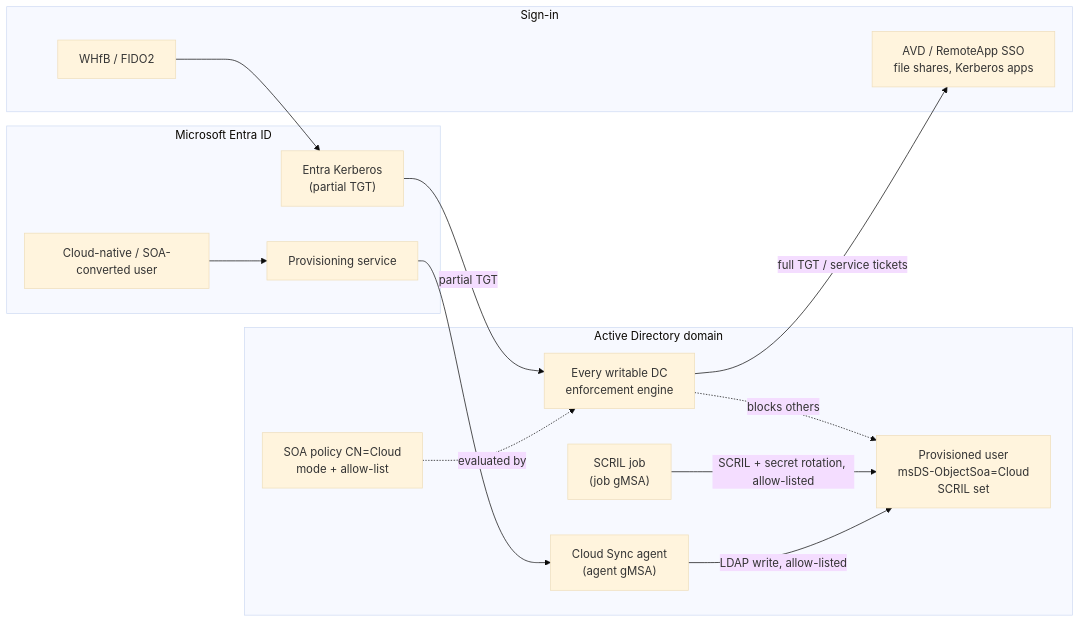
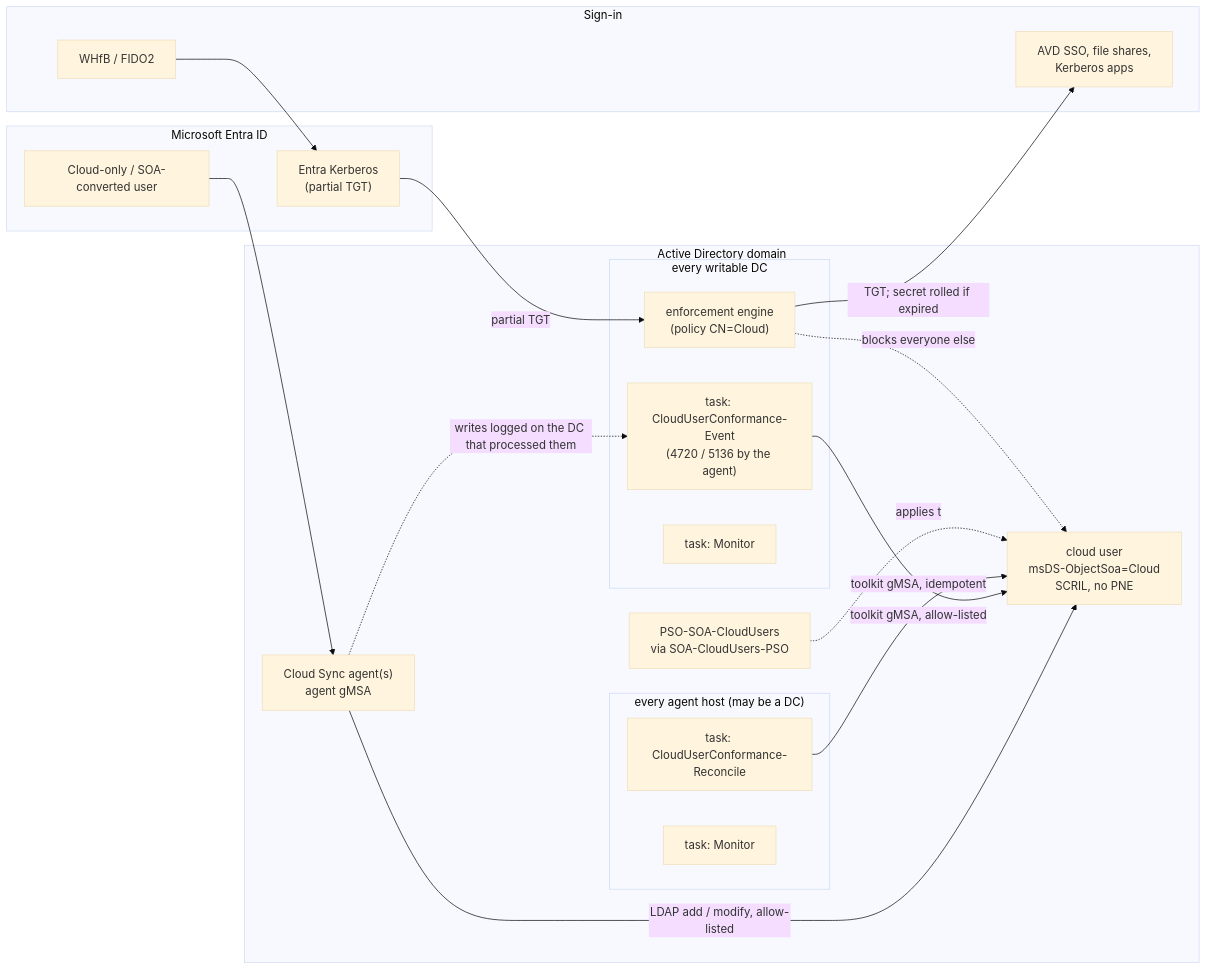
Before and after one commit to mayer-bautechnik/cloudsync-soa-toolkit: the diagram in README.md, drawn with Mermaid (base theme). The commit also changed other lines of this file and 27 other files, not shown here.

First line of the commit message:
Release 2.0.0: SOA Toolkit with DC-native rolling and full lifecycle

````diff
--- a/README.md
+++ b/README.md
@@ -37,24 +91,33 @@
 ```mermaid
 flowchart LR
     subgraph Entra["Microsoft Entra ID"]
-        U["Cloud-native / SOA-converted user"]
-        PS["Provisioning service"]
+        U["Cloud-only / SOA-converted user"]
         EK["Entra Kerberos<br/>(partial TGT)"]
     end
-    subgraph OnPrem["Active Directory domain"]
-        AG["Cloud Sync agent<br/>(agent gMSA)"]
-        DC["Every writable DC<br/>enforcement engine"]
-        POL["SOA policy CN=Cloud<br/>mode + allow-list"]
-        OBJ["Provisioned user<br/>msDS-ObjectSoa=Cloud<br/>SCRIL set"]
-        JOB["SCRIL job<br/>(job gMSA)"]
+    subgraph AD["Active Directory domain"]
+        AG["Cloud Sync agent(s)<br/>agent gMSA"]
+        subgraph DCs["every writable DC"]
+            ENG["enforcement engine<br/>(policy CN=Cloud)"]
+            EVT["task: CloudUserConformance-Event<br/>(4720 / 5136 by the agent)"]
+            MON1["task: Monitor"]
+        end
+        subgraph AGH["every agent host (may be a DC)"]
+            REC["task: CloudUserConformance-Reconcile"]
+            MON2["task: Monitor"]
+        end
+        USR["cloud user<br/>msDS-ObjectSoa=Cloud<br/>SCRIL, no PNE"]
+        PSO["PSO-SOA-CloudUsers<br/>via SOA-CloudUsers-PSO"]
     end
-    subgraph Client["Sign-in"]
+    subgraph SignIn["Sign-in"]
         WH["WHfB / FIDO2"]
-        AVD["AVD / RemoteApp SSO<br/>file shares, Kerberos apps"]
+        AVD["AVD SSO, file shares,<br/>Kerberos apps"]
     end
-    U --> PS --> AG -->|LDAP write, allow-listed| OBJ
-    JOB -->|SCRIL + secret rotation, allow-listed| OBJ
-    POL -.evaluated by.-> DC
-    DC -.blocks others.-> OBJ
-    WH --> EK -->|partial TGT| DC -->|full TGT / service tickets| AVD
+    U --> AG -->|LDAP add / modify, allow-listed| USR
+    AG -. writes logged on the DC that processed them .-> EVT
+    EVT -->|toolkit gMSA, allow-listed| USR
+    REC -->|toolkit gMSA, idempotent| USR
+    PSO -.applies to.-> USR
+    ENG -.blocks everyone else.-> USR
+    WH --> EK -->|partial TGT| ENG
+    ENG -->|"TGT; secret rolled if expired"| AVD
 ```
````
